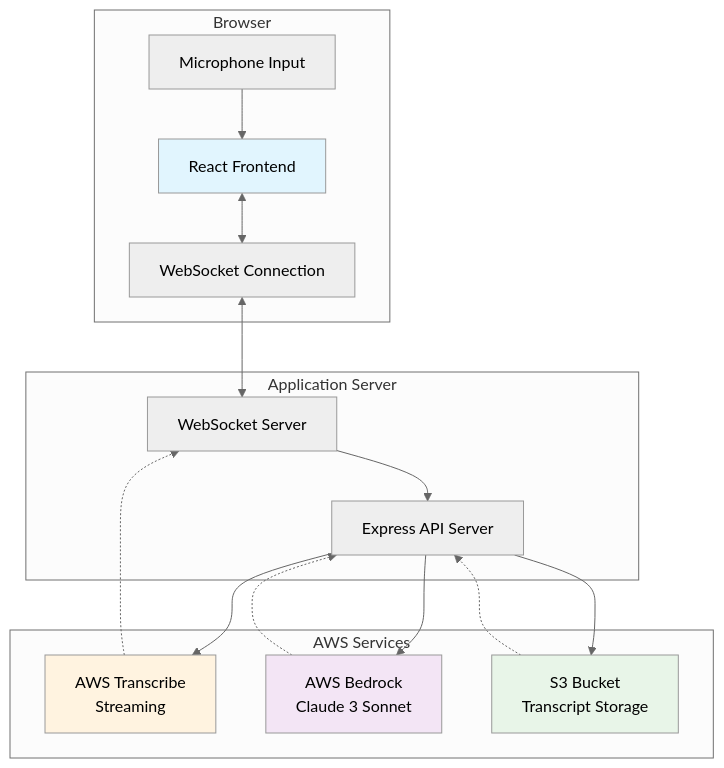
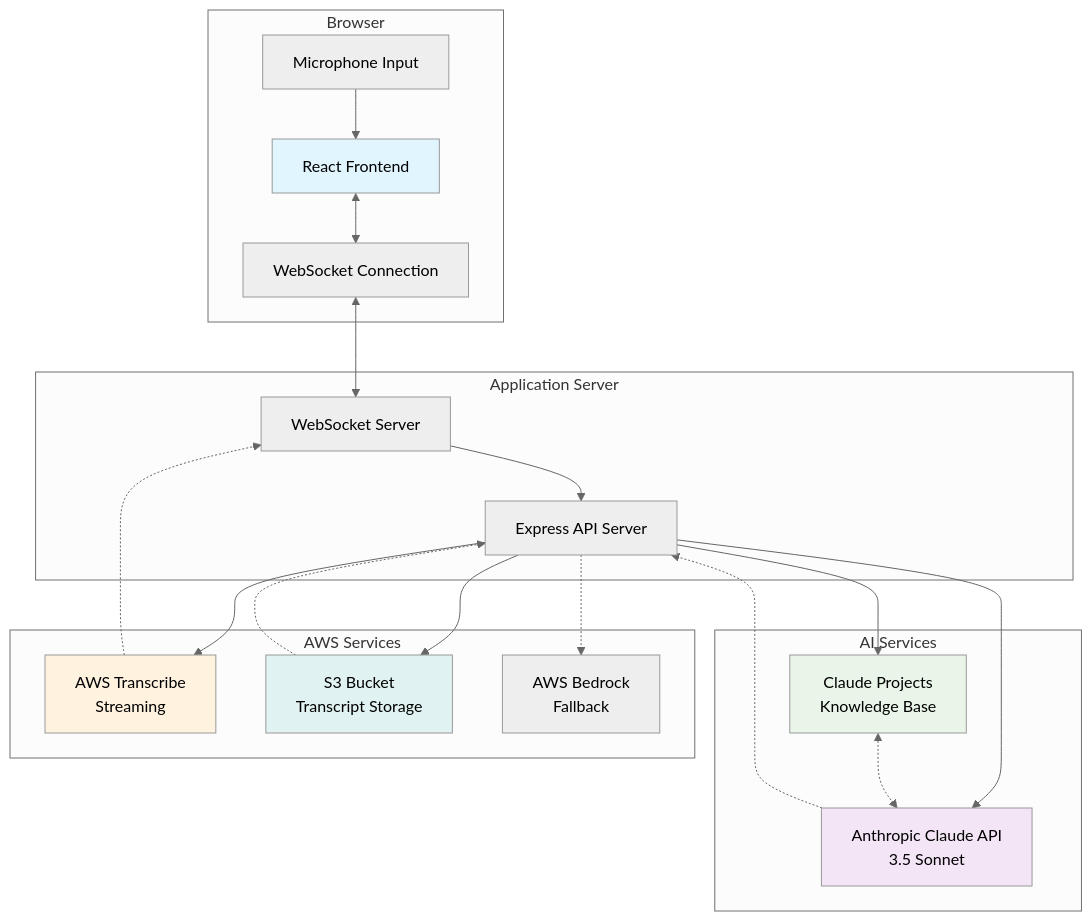
The first of 9 diagrams in README.md (mjones3/architect-transcript-insights), drawn with Mermaid (neutral theme) before and after one commit. The commit also changed other lines of this file and 9 other files, not shown here.

First line of the commit message:
Add direct Anthropic Claude API integration

````diff
--- a/README.md
+++ b/README.md
@@ -7,36 +7,45 @@
 ```mermaid
 graph TB
     subgraph "Browser"
         UI[React Frontend]
         MIC[Microphone Input]
         WS[WebSocket Connection]
     end
     
     subgraph "Application Server"
         API[Express API Server]
         WSS[WebSocket Server]
     end
     
+    subgraph "AI Services"
+        CLAUDE[Anthropic Claude API<br/>3.5 Sonnet]
+        PROJECTS[Claude Projects<br/>Knowledge Base]
+    end
+    
     subgraph "AWS Services"
         TRANSCRIBE[AWS Transcribe<br/>Streaming]
-        BEDROCK[AWS Bedrock<br/>Claude 3 Sonnet]
         S3[S3 Bucket<br/>Transcript Storage]
+        BEDROCK[AWS Bedrock<br/>Fallback]
     end
     
     MIC --> UI
     UI <--> WS
     WS <--> WSS
     WSS --> API
     API --> TRANSCRIBE
-    API --> BEDROCK
+    API --> CLAUDE
+    API --> PROJECTS
     API --> S3
+    API -.-> BEDROCK
     
     TRANSCRIBE -.-> WSS
-    BEDROCK -.-> API
+    CLAUDE -.-> API
+    PROJECTS <-.-> CLAUDE
     S3 -.-> API
 
     style UI fill:#e1f5fe
     style TRANSCRIBE fill:#fff3e0
-    style BEDROCK fill:#f3e5f5
-    style S3 fill:#e8f5e8
+    style CLAUDE fill:#f3e5f5
+    style PROJECTS fill:#e8f5e8
+    style S3 fill:#e0f2f1
 ```
````
